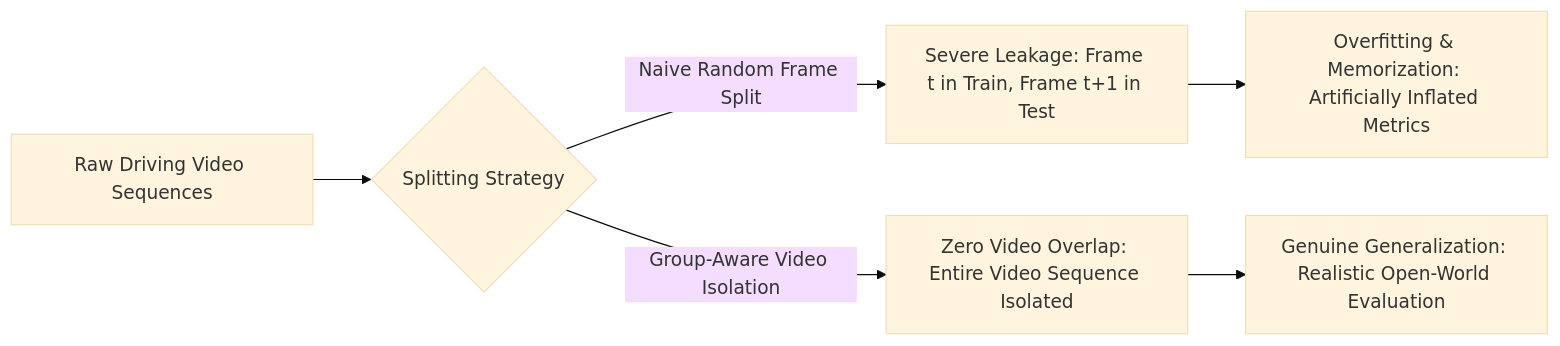
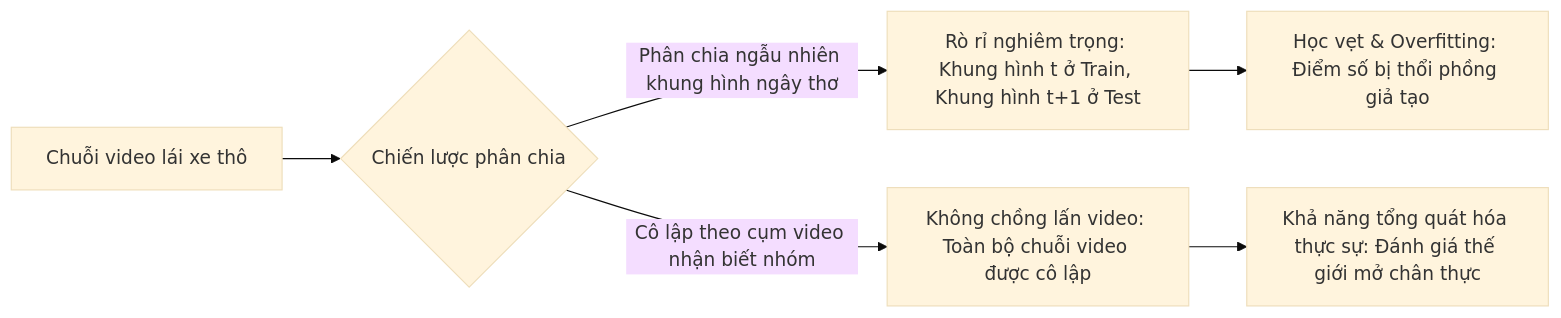
The second of 2 diagrams in docs/experiments/03_frozen_splits.md (Wanlee199/bdd10k-hitl-simulator-web), drawn with Mermaid (base theme) before and after one commit. The commit also changed other lines of this file and 13 other files, not shown here.

Commit message:
docs: tái cấu trúc toàn diện README gốc, docs/README.md và chuẩn hóa hệ thống tài liệu kỹ thuật

````diff
--- a/docs/experiments/03_frozen_splits.md
+++ b/docs/experiments/03_frozen_splits.md
@@ -78,8 +78,8 @@
 ```mermaid
 flowchart LR
-    A["Raw Driving Video Sequences"] --> B{"Splitting Strategy"}
-    B -->|Naive Random Frame Split| C["Severe Leakage: Frame t in Train, Frame t+1 in Test"]
-    B -->|Group-Aware Video Isolation| D["Zero Video Overlap: Entire Video Sequence Isolated"]
-    C --> E["Overfitting & Memorization: Artificially Inflated Metrics"]
-    D --> F["Genuine Generalization: Realistic Open-World Evaluation"]
+    A["Chuỗi video lái xe thô"] --> B{"Chiến lược phân chia"}
+    B -->|Phân chia ngẫu nhiên khung hình ngây thơ| C["Rò rỉ nghiêm trọng: Khung hình t ở Train, Khung hình t+1 ở Test"]
+    B -->|Cô lập theo cụm video nhận biết nhóm| D["Không chồng lấn video: Toàn bộ chuỗi video được cô lập"]
+    C --> E["Học vẹt & Overfitting: Điểm số bị thổi phồng giả tạo"]
+    D --> F["Khả năng tổng quát hóa thực sự: Đánh giá thế giới mở chân thực"]
 ```
````
